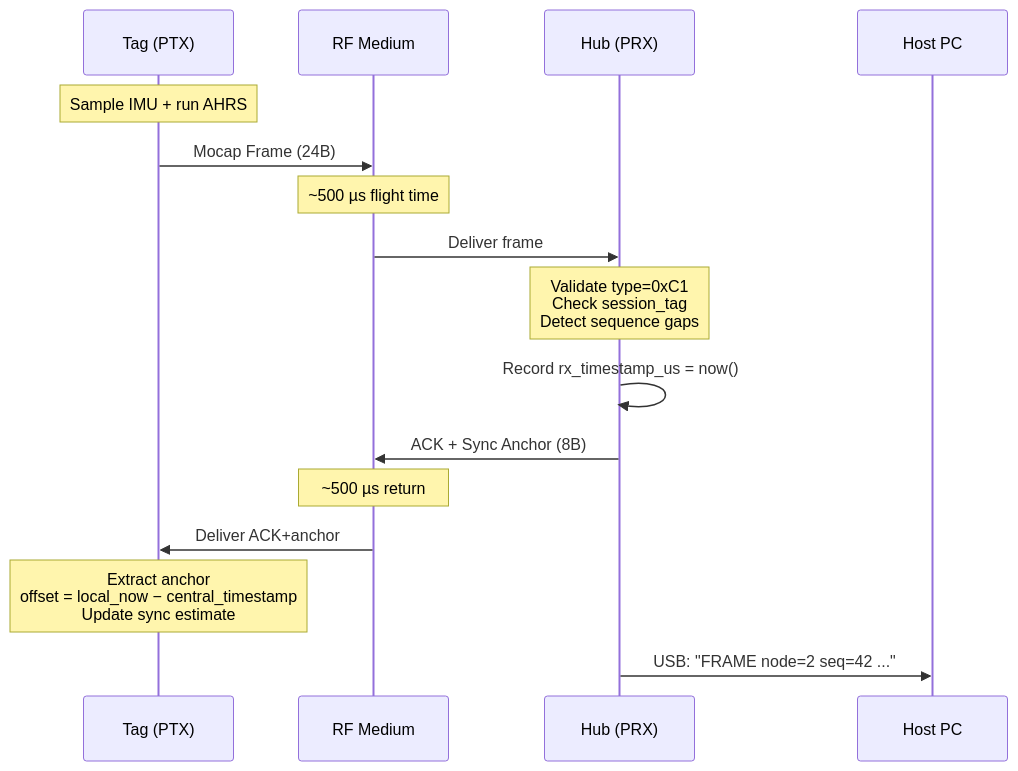
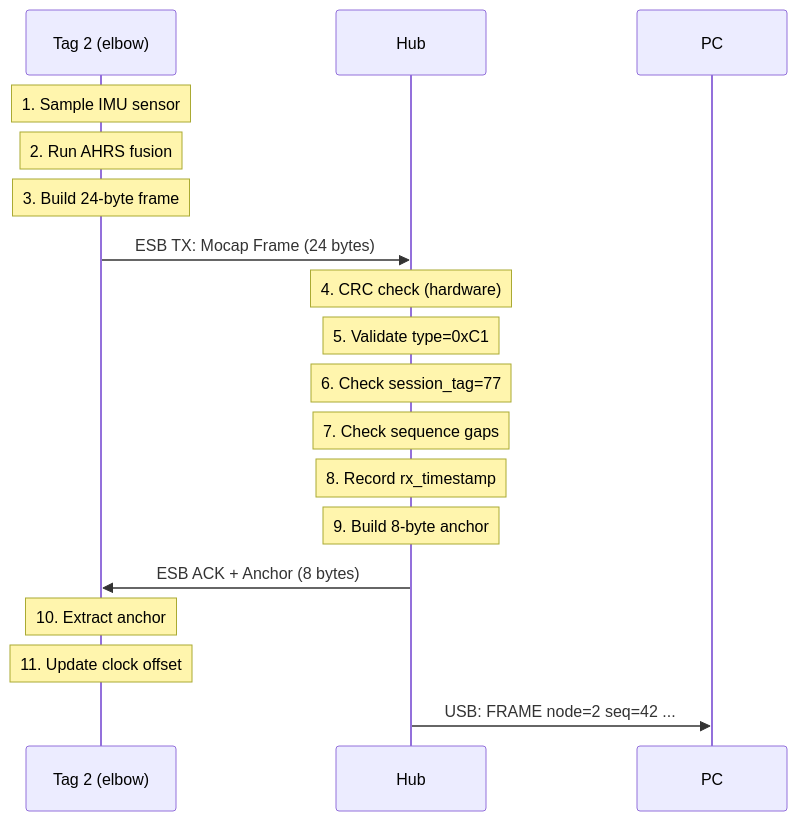
One commit to Mrunmoy/HelixDrift changed the second of 7 diagrams in docs/RF_PROTOCOL_REFERENCE.md. Above: the diagram before and after it, drawn with Mermaid. The commit also changed other lines of this file, not shown here.

````diff
--- a/docs/RF_PROTOCOL_REFERENCE.md
+++ b/docs/RF_PROTOCOL_REFERENCE.md
@@ -181,23 +654,21 @@
 ```mermaid
 sequenceDiagram
-    participant Tag as Tag (PTX)
-    participant Air as RF Medium
-    participant Hub as Hub (PRX)
-    participant PC as Host PC
+    participant Tag as Tag 2 (elbow)
+    participant Hub as Hub
+    participant PC as PC
 
-    Note over Tag: Sample IMU + run AHRS
-    Tag->>Air: Mocap Frame (24B)
-    Note over Air: ~500 µs flight time
-    Air->>Hub: Deliver frame
-
-    Note over Hub: Validate type=0xC1<br/>Check session_tag<br/>Detect sequence gaps
-    Hub->>Hub: Record rx_timestamp_us = now()
-
-    Hub->>Air: ACK + Sync Anchor (8B)
-    Note over Air: ~500 µs return
-    Air->>Tag: Deliver ACK+anchor
-
-    Note over Tag: Extract anchor<br/>offset = local_now − central_timestamp<br/>Update sync estimate
-
-    Hub->>PC: USB: "FRAME node=2 seq=42 ..."
+    Note over Tag: 1. Sample IMU sensor
+    Note over Tag: 2. Run AHRS fusion
+    Note over Tag: 3. Build 24-byte frame
+    Tag->>Hub: ESB TX: Mocap Frame (24 bytes)
+    Note over Hub: 4. CRC check (hardware)
+    Note over Hub: 5. Validate type=0xC1
+    Note over Hub: 6. Check session_tag=77
+    Note over Hub: 7. Check sequence gaps
+    Note over Hub: 8. Record rx_timestamp
+    Note over Hub: 9. Build 8-byte anchor
+    Hub->>Tag: ESB ACK + Anchor (8 bytes)
+    Note over Tag: 10. Extract anchor
+    Note over Tag: 11. Update clock offset
+    Hub->>PC: USB: FRAME node=2 seq=42 ...
 ```
````
